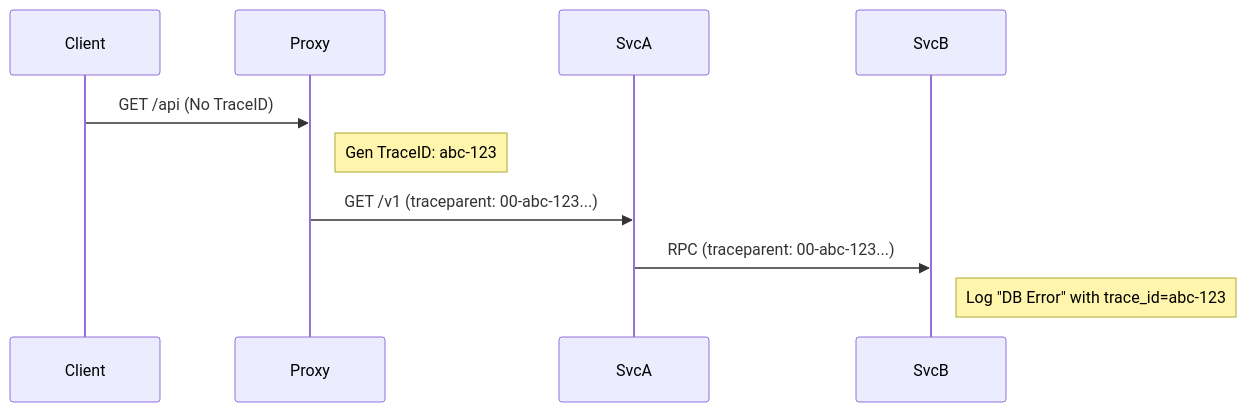
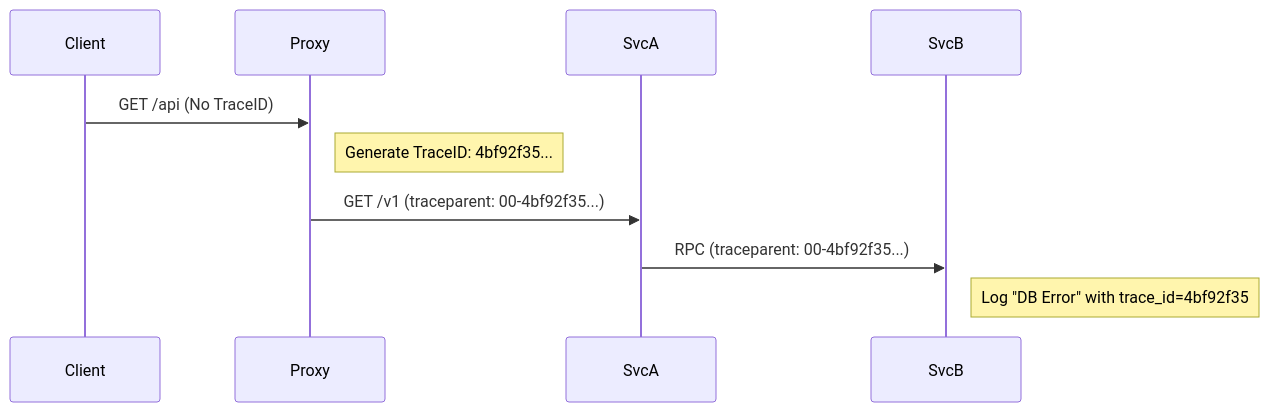
Before and after one commit to gchaitanyabharath9/omnigcloud: the fourth of 5 diagrams in src/app/[locale]/research/papers/a3-enterprise-observability-operational-intelligence/A3-PAPER-FULL.md, drawn with Mermaid. The commit also changed other lines of this file, not shown here.

````diff
--- a/src/app/[locale]/research/papers/a3-enterprise-observability-operational-intelligence/A3-PAPER-FULL.md
+++ b/src/app/[locale]/research/papers/a3-enterprise-observability-operational-intelligence/A3-PAPER-FULL.md
@@ -97,15 +396,15 @@
 ```mermaid
 sequenceDiagram
     participant Client
     participant Proxy
     participant SvcA
     participant SvcB
     
     Client->>Proxy: GET /api (No TraceID)
-    Note right of Proxy: Gen TraceID: abc-123
+    Note right of Proxy: Generate TraceID: 4bf92f35...
     
-    Proxy->>SvcA: GET /v1 (traceparent: 00-abc-123...)
-    SvcA->>SvcB: RPC (traceparent: 00-abc-123...)
+    Proxy->>SvcA: GET /v1 (traceparent: 00-4bf92f35...)
+    SvcA->>SvcB: RPC (traceparent: 00-4bf92f35...)
     
-    Note right of SvcB: Log "DB Error" with trace_id=abc-123
+    Note right of SvcB: Log "DB Error" with trace_id=4bf92f35
 ```
````
